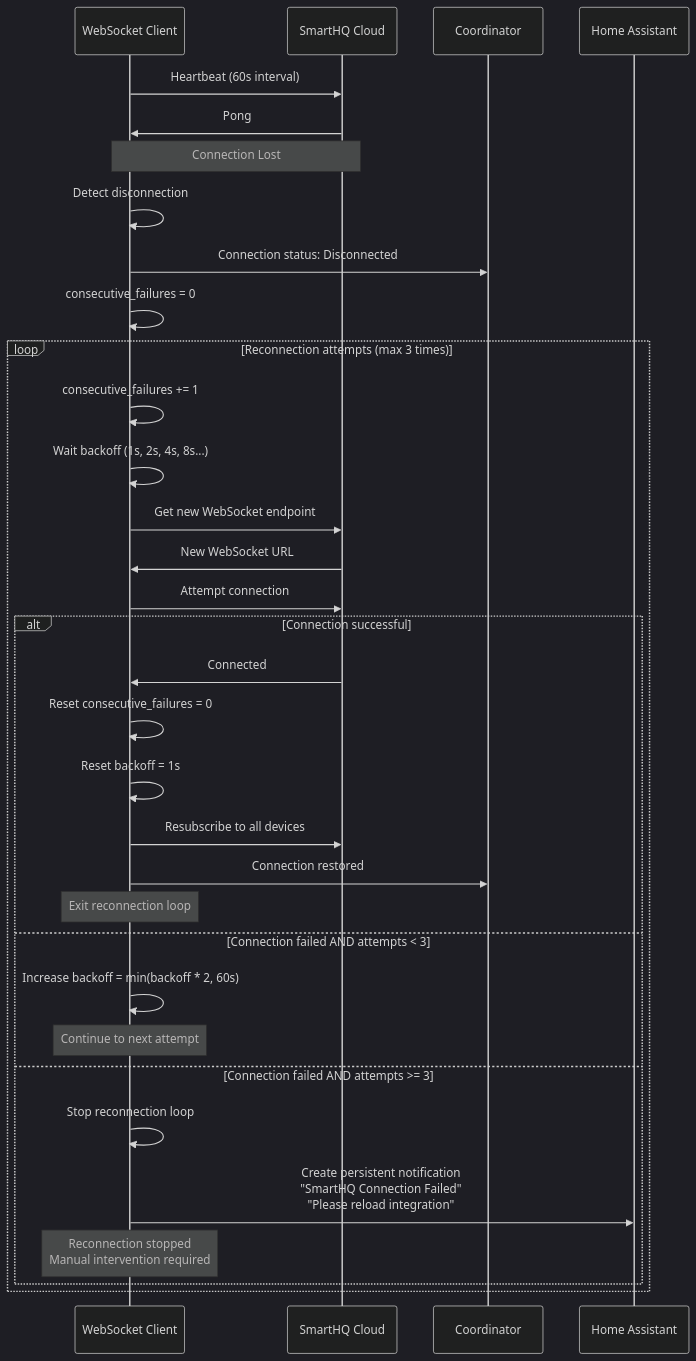
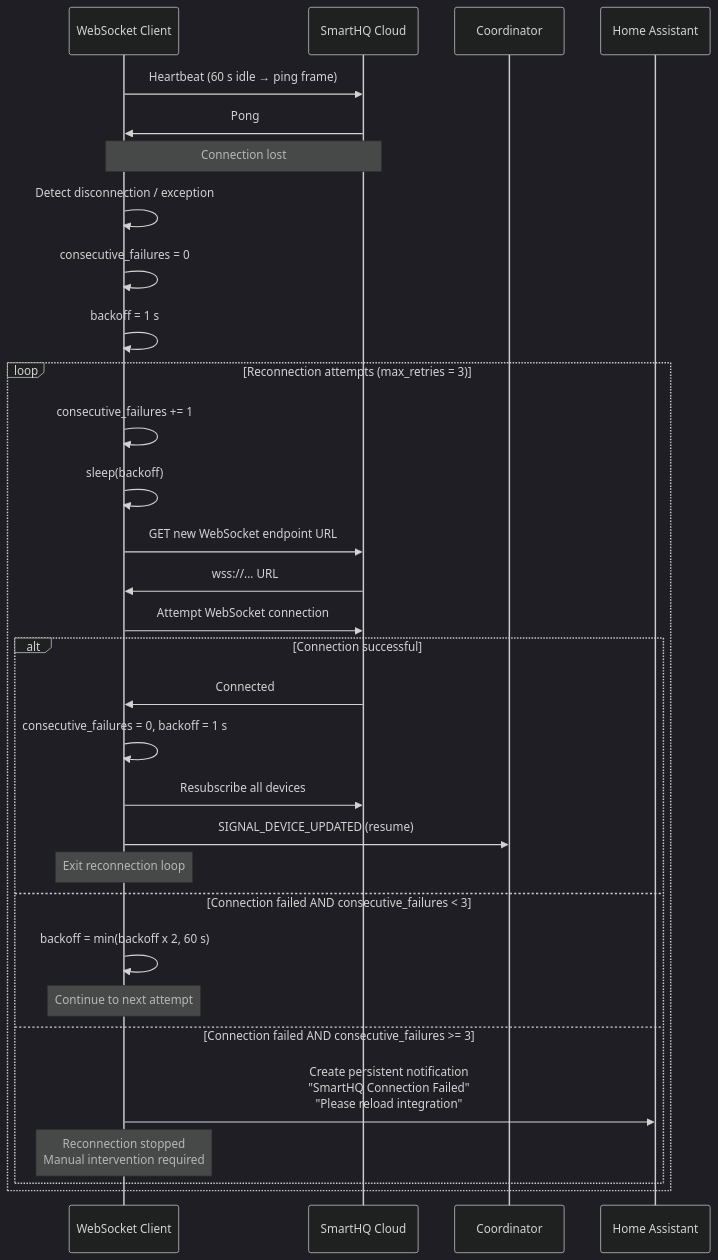
Before and after one commit to geappliances/geappliances-smarthq-integration: the sixth of 8 diagrams in docs/SEQUENCE_DIAGRAMS.md, drawn with Mermaid (dark theme). The commit also changed other lines of this file, not shown here.

First line of the commit message:
docs: update sequence diagrams for service-based architecture

````diff
--- a/docs/SEQUENCE_DIAGRAMS.md
+++ b/docs/SEQUENCE_DIAGRAMS.md
@@ -184,39 +245,37 @@
 ```mermaid
 sequenceDiagram
     participant WS as WebSocket Client
     participant Cloud as SmartHQ Cloud
     participant Coordinator
     participant HA as Home Assistant
 
-    WS->>Cloud: Heartbeat (60s interval)
+    WS->>Cloud: Heartbeat (60 s idle → ping frame)
     Cloud->>WS: Pong
-    
-    Note over WS,Cloud: Connection Lost
-    WS->>WS: Detect disconnection
-    WS->>Coordinator: Connection status: Disconnected
+
+    Note over WS,Cloud: Connection lost
+    WS->>WS: Detect disconnection / exception
     WS->>WS: consecutive_failures = 0
-    
-    loop Reconnection attempts (max 3 times)
+    WS->>WS: backoff = 1 s
+
+    loop Reconnection attempts (max_retries = 3)
         WS->>WS: consecutive_failures += 1
-        WS->>WS: Wait backoff (1s, 2s, 4s, 8s...)
-        WS->>Cloud: Get new WebSocket endpoint
-        Cloud->>WS: New WebSocket URL
-        WS->>Cloud: Attempt connection
-        
+        WS->>WS: sleep(backoff)
+        WS->>Cloud: GET new WebSocket endpoint URL
+        Cloud->>WS: wss://... URL
+        WS->>Cloud: Attempt WebSocket connection
+
         alt Connection successful
             Cloud->>WS: Connected
-            WS->>WS: Reset consecutive_failures = 0
-            WS->>WS: Reset backoff = 1s
-            WS->>Cloud: Resubscribe to all devices
-            WS->>Coordinator: Connection restored
+            WS->>WS: consecutive_failures = 0, backoff = 1 s
+            WS->>Cloud: Resubscribe all devices
+            WS->>Coordinator: SIGNAL_DEVICE_UPDATED (resume)
             Note over WS: Exit reconnection loop
-        else Connection failed AND attempts < 3
-            WS->>WS: Increase backoff = min(backoff * 2, 60s)
+        else Connection failed AND consecutive_failures < 3
+            WS->>WS: backoff = min(backoff x 2, 60 s)
             Note over WS: Continue to next attempt
-        else Connection failed AND attempts >= 3
-            WS->>WS: Stop reconnection loop
+        else Connection failed AND consecutive_failures >= 3
             WS->>HA: Create persistent notification<br/>"SmartHQ Connection Failed"<br/>"Please reload integration"
             Note over WS: Reconnection stopped<br/>Manual intervention required
         end
     end
 ```
````
